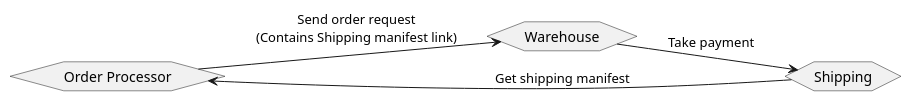
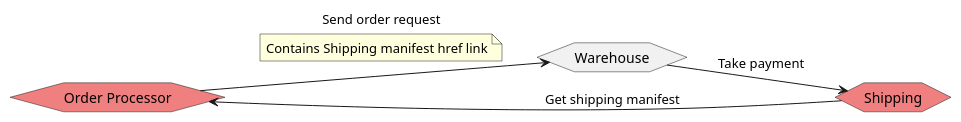
One commit to grierson/books changed the eighth of 12 diagrams in BuildingMicroservices2nd/02.adoc. Above: the diagram before and after it, drawn with PlantUML. The commit also changed other lines of this file and 1 other file, not shown here.

```diff
--- a/BuildingMicroservices2nd/02.adoc
+++ b/BuildingMicroservices2nd/02.adoc
@@ -160,14 +199,17 @@
 [plantuml]
 ----
 @startuml
 left to right direction
 
-hexagon Order as "Order Processor"
+hexagon Order as "Order Processor" #lightcoral
 hexagon Warehouse
-hexagon Shipping
+hexagon Shipping #lightcoral
 
-Order --> Warehouse : Send order request\n(Contains Shipping manifest link)
+Order --> Warehouse : Send order request
+note on link
+    Contains Shipping manifest href link
+end note
 Warehouse --> Shipping : Take payment
 Shipping --> Order : Get shipping manifest
 @enduml
 ----
```
